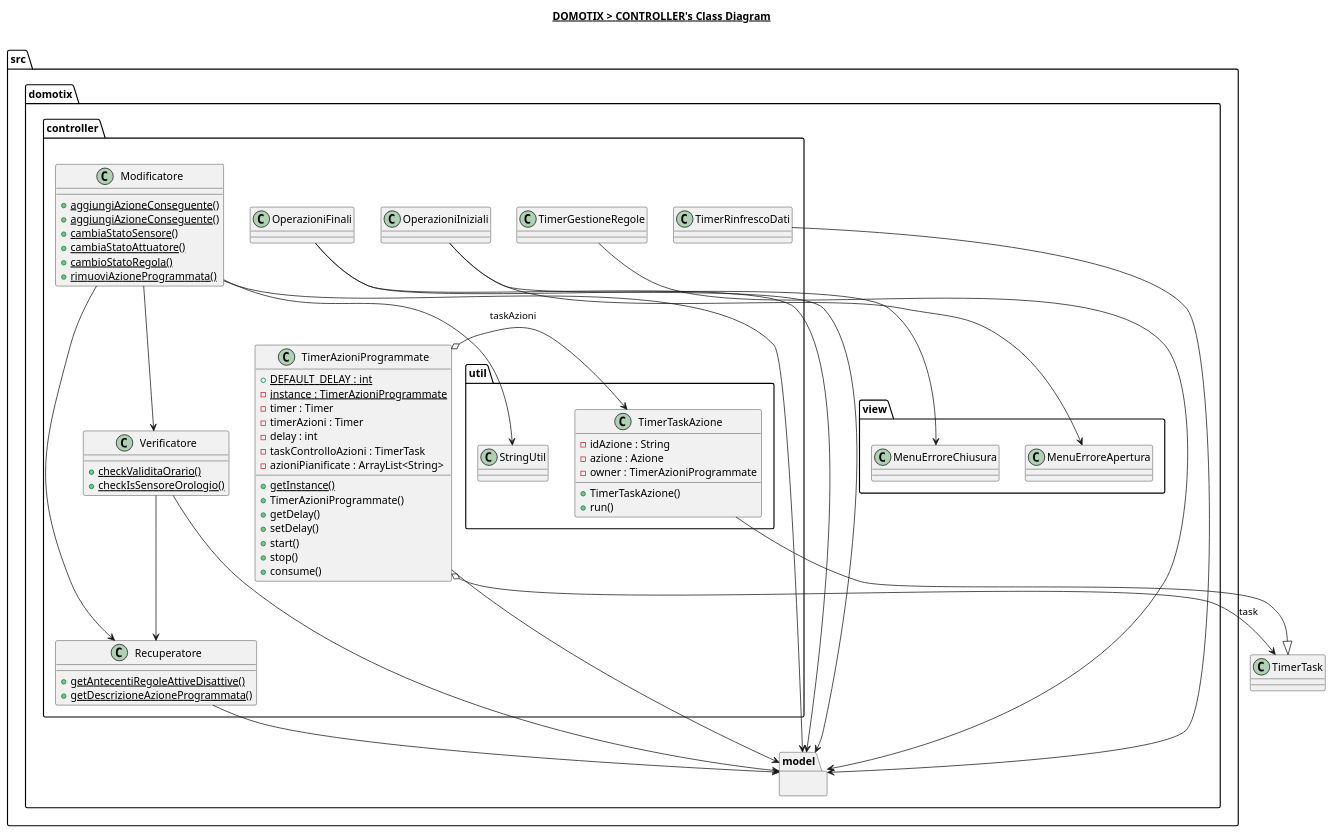
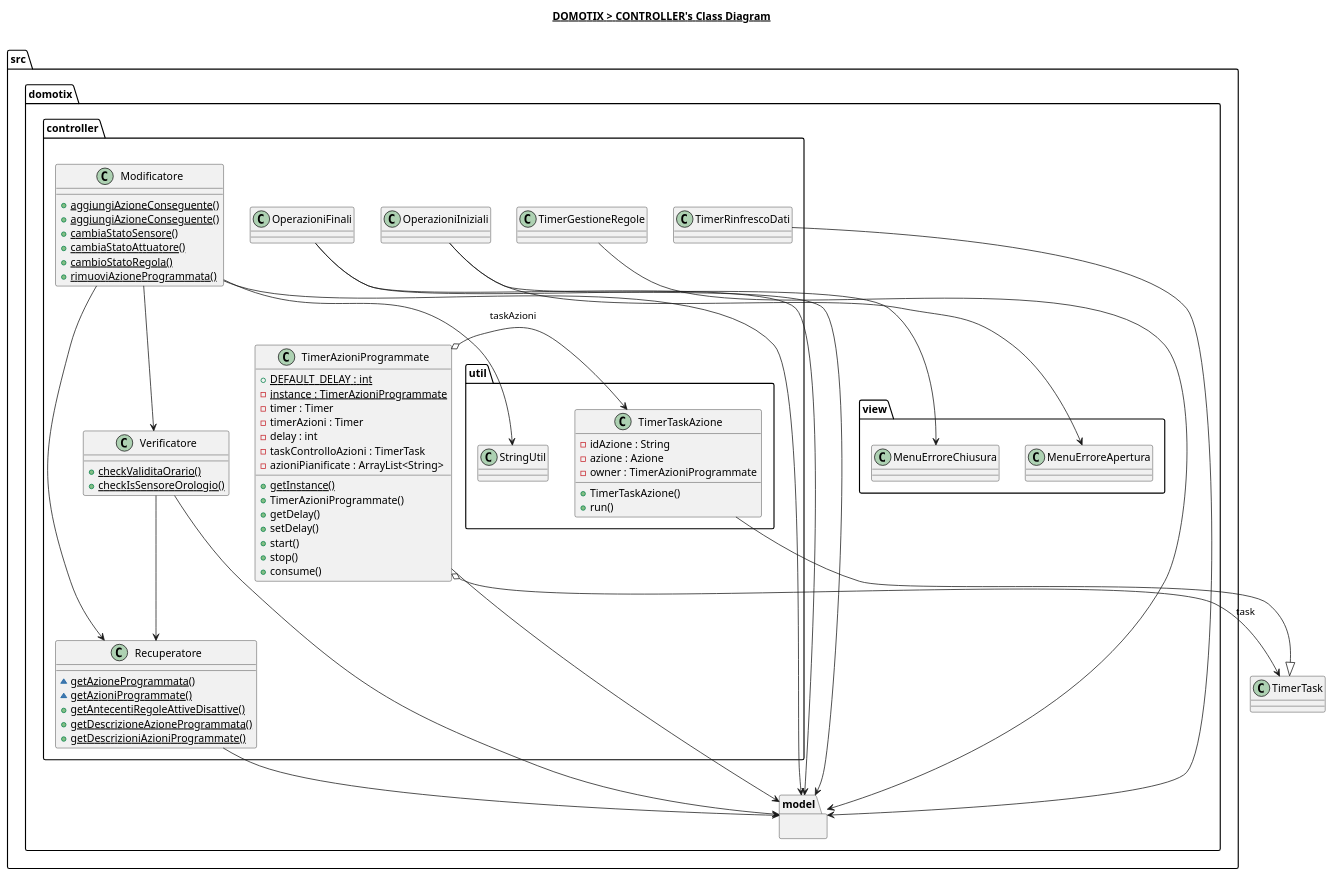
The diagram in src/domotix/controller/controller.plantuml (Edoar-do/Domotix), drawn with PlantUML before and after one commit. The commit also changed 7 other files, not shown here.

```diff
--- a/src/domotix/controller/controller.plantuml
+++ b/src/domotix/controller/controller.plantuml
@@ -1,96 +1,99 @@
 @startuml
 
 title __DOMOTIX > CONTROLLER's Class Diagram__\n
 
 namespace src.domotix.controller {
     class src.domotix.controller.Modificatore {
         {static} + aggiungiAzioneConseguente()
         {static} + aggiungiAzioneConseguente()
         {static} + cambiaStatoSensore()
         {static} + cambiaStatoAttuatore()
         {static} + cambioStatoRegola()
         {static} + rimuoviAzioneProgrammata()
     }
 
     class src.domotix.controller.OperazioniFinali {
 
     }
 
     class src.domotix.controller.OperazioniIniziali {
 
     }
 
     class src.domotix.controller.Recuperatore {
+        {static} ~ getAzioneProgrammata()
+        {static} ~ getAzioniProgrammate()
         {static} + getAntecentiRegoleAttiveDisattive()
         {static} + getDescrizioneAzioneProgrammata()
+        {static} + getDescrizioniAzioniProgrammate()
     }
 
     class src.domotix.controller.Verificatore {
         {static} + checkValiditaOrario()
         {static} + checkIsSensoreOrologio()
     }
 
     class src.domotix.controller.TimerGestioneRegole {
     }
 
     class src.domotix.controller.TimerRinfrescoDati {
     }
 
     class src.domotix.controller.TimerAzioniProgrammate {
         {static} + DEFAULT_DELAY : int
         {static} - instance : TimerAzioniProgrammate
         - timer : Timer
         - timerAzioni : Timer
         - delay : int
         - taskControlloAzioni : TimerTask
         - azioniPianificate : ArrayList<String>
         {static} + getInstance()
         + TimerAzioniProgrammate()
         + getDelay()
         + setDelay()
         + start()
         + stop()
         + consume()
     }
 
     namespace util {
         class src.domotix.controller.util.StringUtil {
         }
         class src.domotix.controller.util.TimerTaskAzione {
             - idAzione : String
             - azione : Azione
             - owner : TimerAzioniProgrammate
             + TimerTaskAzione()
             + run()
         }
     }
 }
 
 namespace src.domotix.model {
 
 }
 
 src.domotix.controller.Modificatore --> src.domotix.controller.util.StringUtil
 src.domotix.controller.Modificatore --> src.domotix.controller.Recuperatore
 src.domotix.controller.Modificatore --> src.domotix.controller.Verificatore
 src.domotix.controller.Modificatore --> src.domotix.model
 
 src.domotix.controller.Verificatore --> src.domotix.controller.Recuperatore
 src.domotix.controller.Verificatore --> src.domotix.model
 
 src.domotix.controller.Recuperatore --> src.domotix.model
 
 src.domotix.controller.OperazioniIniziali --> src.domotix.model
 src.domotix.controller.OperazioniIniziali --> src.domotix.view.MenuErroreApertura
 
 src.domotix.controller.OperazioniFinali --> src.domotix.model
 src.domotix.controller.OperazioniFinali --> src.domotix.view.MenuErroreChiusura
 
 src.domotix.controller.TimerGestioneRegole --> src.domotix.model
 src.domotix.controller.TimerRinfrescoDati --> src.domotix.model
 src.domotix.controller.TimerAzioniProgrammate --> src.domotix.model
 src.domotix.controller.TimerAzioniProgrammate o-> TimerTask : task
 src.domotix.controller.TimerAzioniProgrammate o-> src.domotix.controller.util.TimerTaskAzione : taskAzioni
 src.domotix.controller.util.TimerTaskAzione --|> TimerTask
 
 @enduml
```
